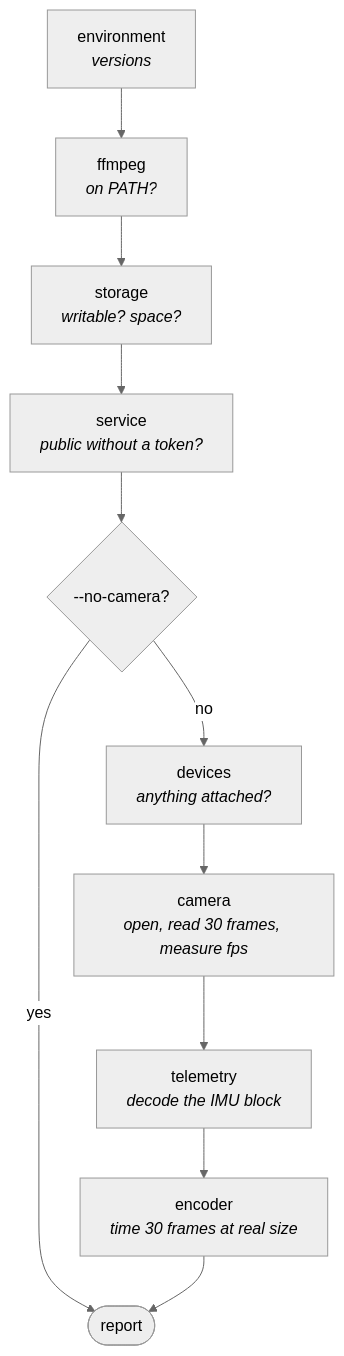
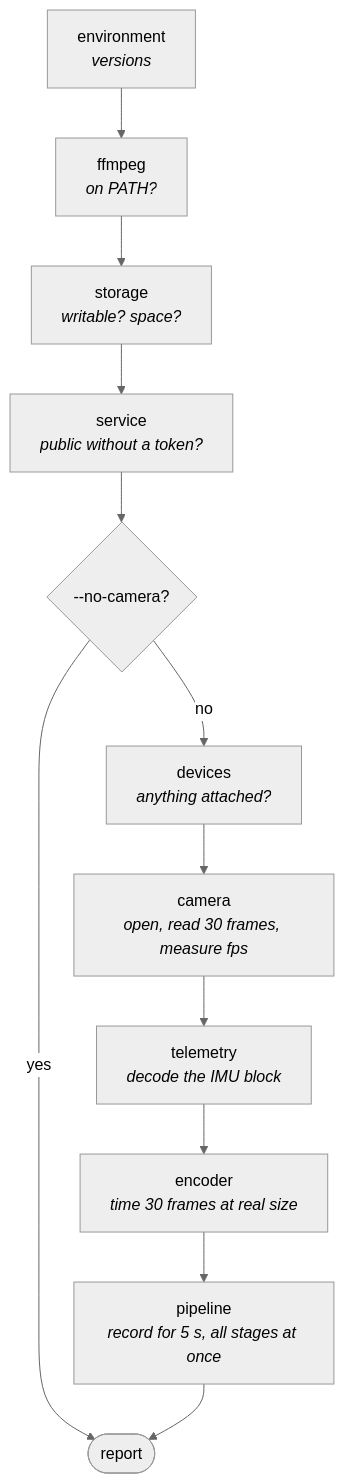
Before and after one commit to Life-Experimentalist/Vectra-180: the diagram in docs/cli.md, drawn with Mermaid (neutral theme). The commit also changed other lines of this file and 24 other files, not shown here.

````diff
--- a/docs/cli.md
+++ b/docs/cli.md
@@ -122,13 +123,14 @@
 ```mermaid
 flowchart TB
     ENV["environment<br/><i>versions</i>"] --> FF["ffmpeg<br/><i>on PATH?</i>"]
     FF --> ST["storage<br/><i>writable? space?</i>"]
     ST --> SV["service<br/><i>public without a token?</i>"]
     SV --> SKIP{"--no-camera?"}
     SKIP -->|yes| END(["report"])
     SKIP -->|no| DEV["devices<br/><i>anything attached?</i>"]
     DEV --> CAM["camera<br/><i>open, read 30 frames, measure fps</i>"]
     CAM --> TEL["telemetry<br/><i>decode the IMU block</i>"]
     TEL --> ENC["encoder<br/><i>time 30 frames at real size</i>"]
-    ENC --> END
+    ENC --> PIPE["pipeline<br/><i>record for 5 s, all stages at once</i>"]
+    PIPE --> END
 ```
````
